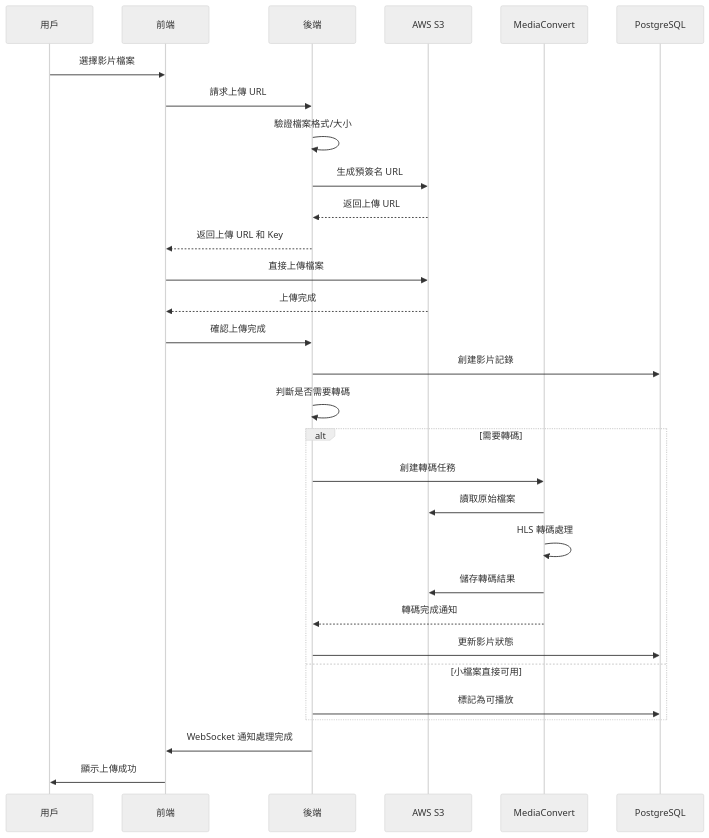
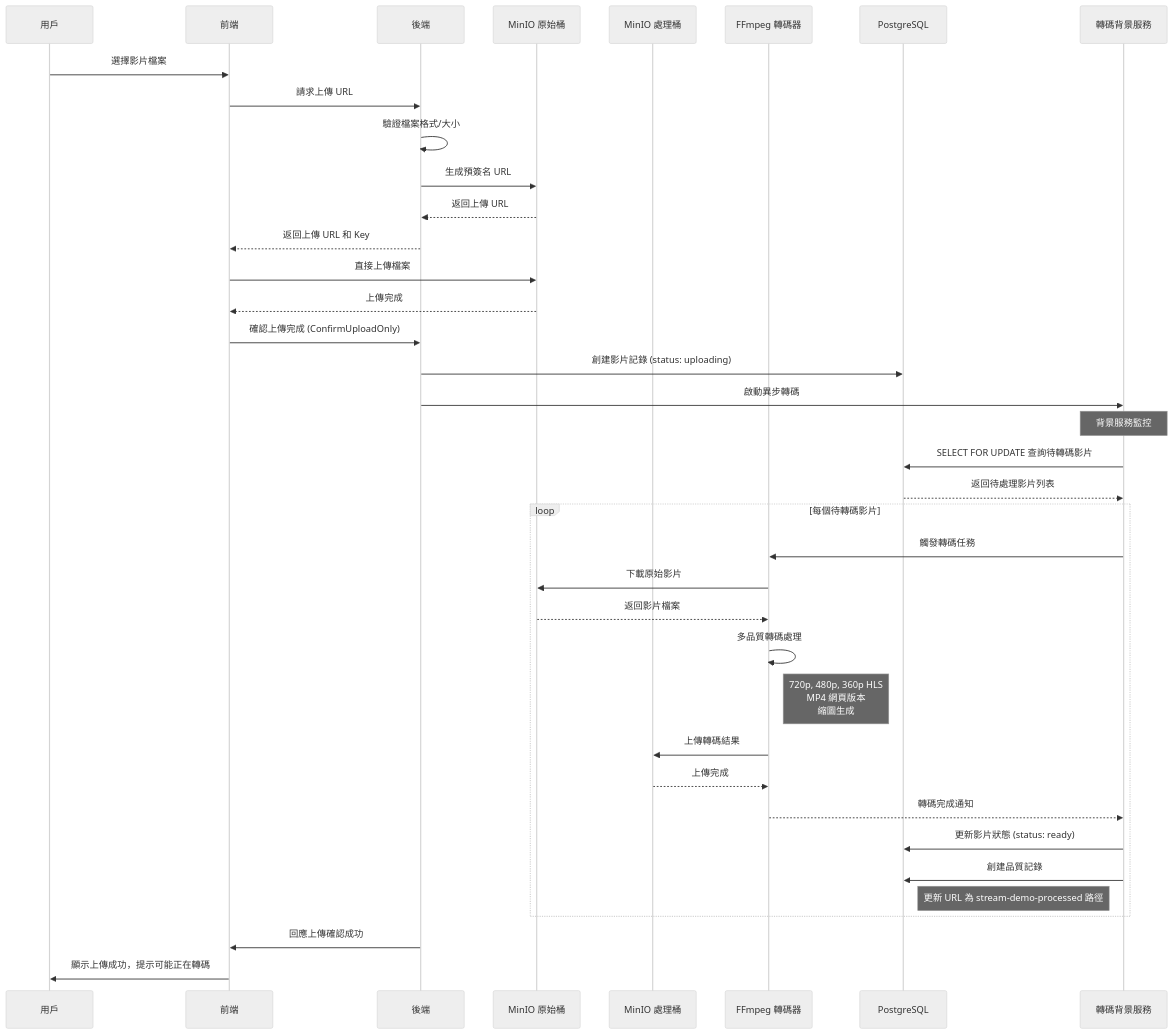
One commit to mike504110403/stream-demo changed the tenth of 16 diagrams in README.md. Above: the diagram before and after it, drawn with Mermaid (neutral theme). The commit also changed other lines of this file and 75 other files, not shown here.

````diff
--- a/README.md
+++ b/README.md
@@ -414,35 +615,47 @@
 ```mermaid
 sequenceDiagram
     participant U as 用戶
     participant FE as 前端
     participant BE as 後端
-    participant S3 as AWS S3
-    participant MC as MediaConvert
+    participant MINIO_ORIG as MinIO 原始桶
+    participant MINIO_PROC as MinIO 處理桶
+    participant FFMPEG as FFmpeg 轉碼器
     participant DB as PostgreSQL
+    participant TW as 轉碼背景服務
     
     U->>FE: 選擇影片檔案
     FE->>BE: 請求上傳 URL
     BE->>BE: 驗證檔案格式/大小
-    BE->>S3: 生成預簽名 URL
-    S3-->>BE: 返回上傳 URL
+    BE->>MINIO_ORIG: 生成預簽名 URL
+    MINIO_ORIG-->>BE: 返回上傳 URL
     BE-->>FE: 返回上傳 URL 和 Key
-    FE->>S3: 直接上傳檔案
-    S3-->>FE: 上傳完成
-    FE->>BE: 確認上傳完成
-    BE->>DB: 創建影片記錄
-    BE->>BE: 判斷是否需要轉碼
+    FE->>MINIO_ORIG: 直接上傳檔案
+    MINIO_ORIG-->>FE: 上傳完成
+    FE->>BE: 確認上傳完成 (ConfirmUploadOnly)
+    BE->>DB: 創建影片記錄 (status: uploading)
+    BE->>TW: 啟動異步轉碼
     
-    alt 需要轉碼
-        BE->>MC: 創建轉碼任務
-        MC->>S3: 讀取原始檔案
-        MC->>MC: HLS 轉碼處理
-        MC->>S3: 儲存轉碼結果
-        MC-->>BE: 轉碼完成通知
-        BE->>DB: 更新影片狀態
-    else 小檔案直接可用
-        BE->>DB: 標記為可播放
+    Note over TW: 背景服務監控
+    TW->>DB: SELECT FOR UPDATE 查詢待轉碼影片
+    DB-->>TW: 返回待處理影片列表
+    
+    loop 每個待轉碼影片
+        TW->>FFMPEG: 觸發轉碼任務
+        FFMPEG->>MINIO_ORIG: 下載原始影片
+        MINIO_ORIG-->>FFMPEG: 返回影片檔案
+        
+        FFMPEG->>FFMPEG: 多品質轉碼處理
+        Note right of FFMPEG: 720p, 480p, 360p HLS<br/>MP4 網頁版本<br/>縮圖生成
+        
+        FFMPEG->>MINIO_PROC: 上傳轉碼結果
+        MINIO_PROC-->>FFMPEG: 上傳完成
+        FFMPEG-->>TW: 轉碼完成通知
+        
+        TW->>DB: 更新影片狀態 (status: ready)
+        TW->>DB: 創建品質記錄
+        Note right of DB: 更新 URL 為 stream-demo-processed 路徑
     end
     
-    BE->>FE: WebSocket 通知處理完成
-    FE->>U: 顯示上傳成功
+    BE->>FE: 回應上傳確認成功
+    FE->>U: 顯示上傳成功，提示可能正在轉碼
 ```
````
